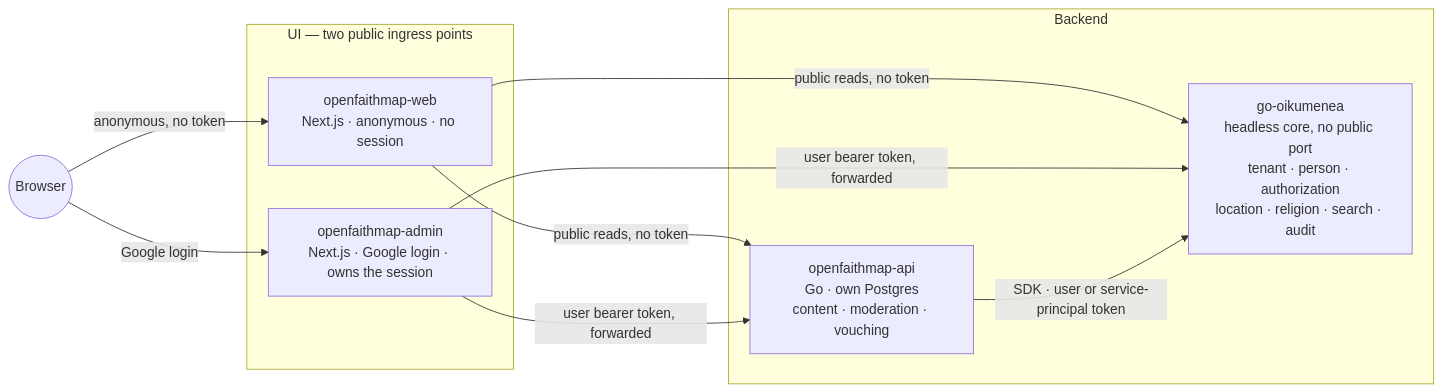
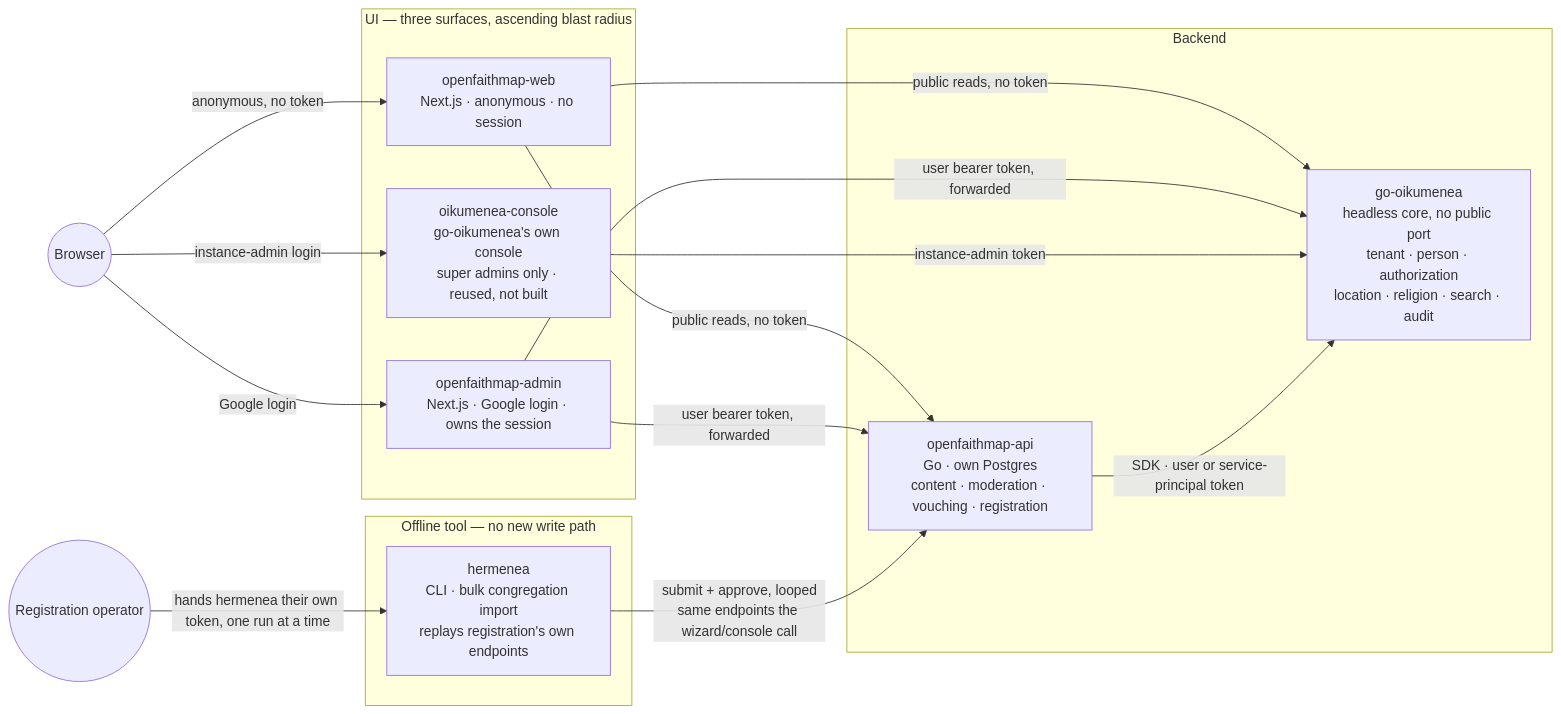
The diagram in docs/architecture/overview.md (olehmushka/open-faith-map), drawn with Mermaid before and after one commit. The commit also changed other lines of this file and 6 other files, not shown here.

First line of the commit message:
docs: Add D-InstanceAdminConsole and D-BulkImport — decide oikumenea-console and hermenea

````diff
--- a/docs/architecture/overview.md
+++ b/docs/architecture/overview.md
@@ -8,22 +11,32 @@
 ```mermaid
 flowchart LR
     browser(("Browser"))
+    operator(("Registration operator"))
 
-    subgraph ui["UI — two public ingress points"]
+    subgraph ui["UI — three surfaces, ascending blast radius"]
         web["openfaithmap-web\nNext.js · anonymous · no session"]
         admin["openfaithmap-admin\nNext.js · Google login · owns the session"]
+        console["oikumenea-console\ngo-oikumenea's own console\nsuper admins only · reused, not built"]
+    end
+
+    subgraph tools["Offline tool — no new write path"]
+        hermenea["hermenea\nCLI · bulk congregation import\nreplays registration's own endpoints"]
     end
 
     subgraph backend["Backend"]
-        api["openfaithmap-api\nGo · own Postgres\ncontent · moderation · vouching"]
+        api["openfaithmap-api\nGo · own Postgres\ncontent · moderation · vouching · registration"]
         core["go-oikumenea\nheadless core, no public port\ntenant · person · authorization\nlocation · religion · search · audit"]
     end
 
     browser -- "anonymous, no token" --> web
     browser -- "Google login" --> admin
+    browser -- "instance-admin login" --> console
     web -- "public reads, no token" --> api
     web -- "public reads, no token" --> core
     admin -- "user bearer token, forwarded" --> api
     admin -- "user bearer token, forwarded" --> core
+    console -- "instance-admin token" --> core
+    operator -- "hands hermenea their own token, one run at a time" --> hermenea
+    hermenea -- "submit + approve, looped\nsame endpoints the wizard/console call" --> api
     api -- "SDK · user or service-principal token" --> core
 ```
````
